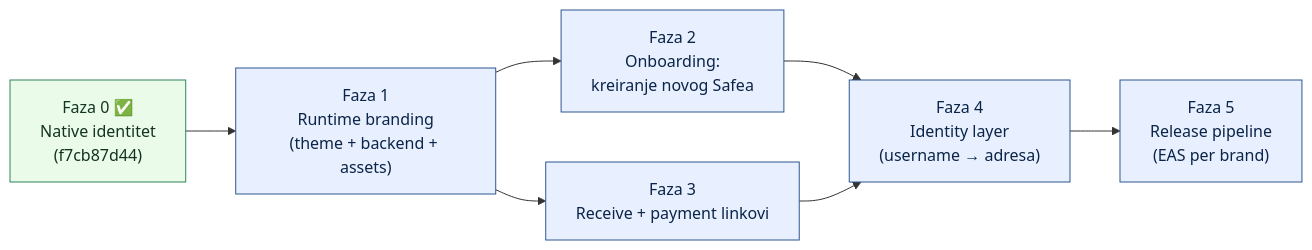
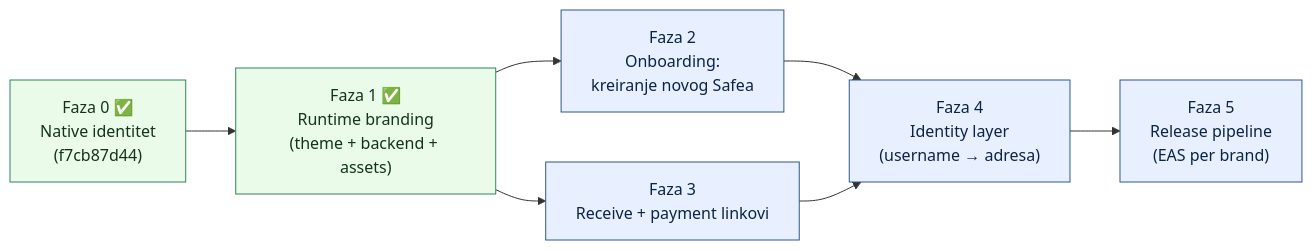
One commit to airkuna/safe-wallet-monorepo changed the diagram in docs/whitelabel-wallet/handoffs/README.md. Above: the diagram before and after it, drawn with Mermaid. The commit also changed other lines of this file and 2 other files, not shown here.

Commit message:
docs(whitelabel): mark faza 1 runtime branding as delivered
Status table + mermaid to done, execution log (deviations, verification,
remaining debt) in the faza-1 handoff, and doc 02 updated with the delivered
theme-injection architecture.

````diff
--- a/docs/whitelabel-wallet/handoffs/README.md
+++ b/docs/whitelabel-wallet/handoffs/README.md
@@ -17,14 +17,14 @@
 ```mermaid
 flowchart LR
-  F0["Faza 0 ✅<br/>Native identitet<br/>(f7cb87d44)"] --> F1["Faza 1<br/>Runtime branding<br/>(theme + backend + assets)"]
+  F0["Faza 0 ✅<br/>Native identitet<br/>(f7cb87d44)"] --> F1["Faza 1 ✅<br/>Runtime branding<br/>(theme + backend + assets)"]
   F1 --> F2["Faza 2<br/>Onboarding:<br/>kreiranje novog Safea"]
   F1 --> F3["Faza 3<br/>Receive + payment linkovi"]
   F2 --> F4["Faza 4<br/>Identity layer<br/>(username → adresa)"]
   F3 --> F4
   F4 --> F5["Faza 5<br/>Release pipeline<br/>(EAS per brand)"]
 
   classDef done fill:#eafbea,stroke:#2f855a,color:#14331f
   classDef todo fill:#e8f0ff,stroke:#2e5791,color:#0b2447
-  class F0 done
-  class F1,F2,F3,F4,F5 todo
+  class F0,F1 done
+  class F2,F3,F4,F5 todo
 ```
````
